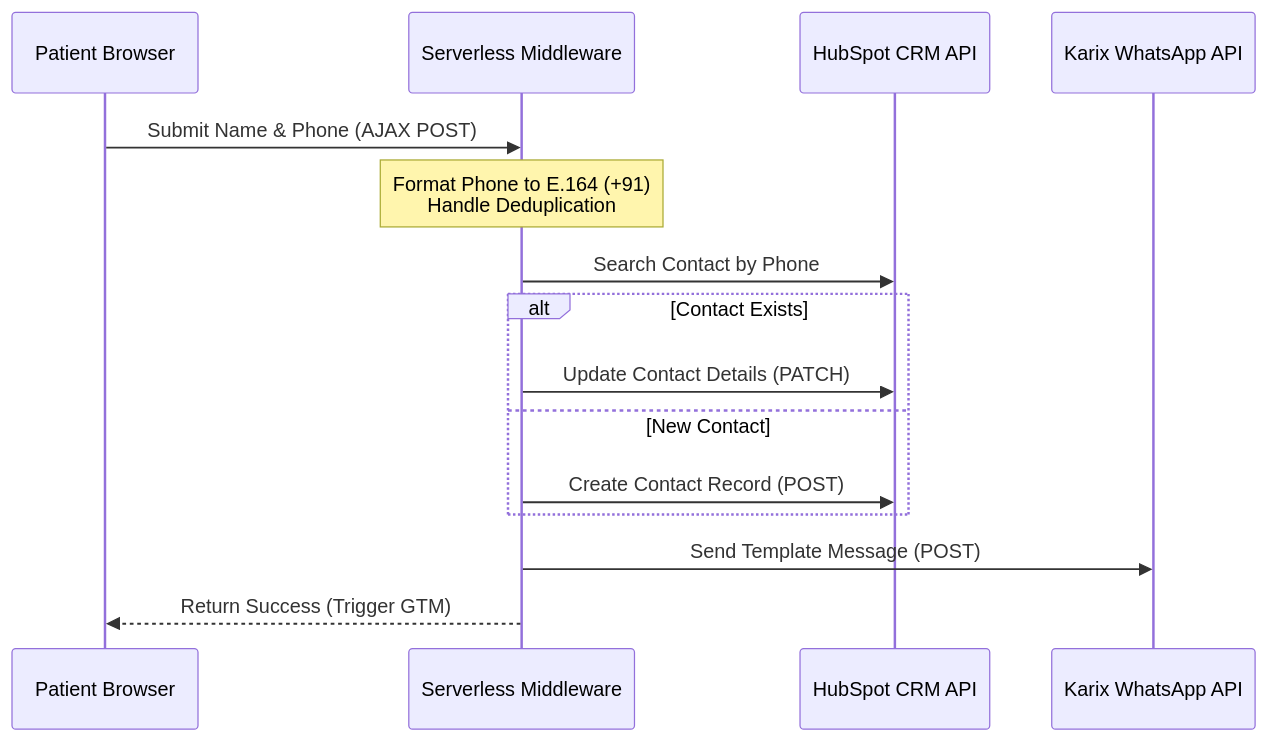
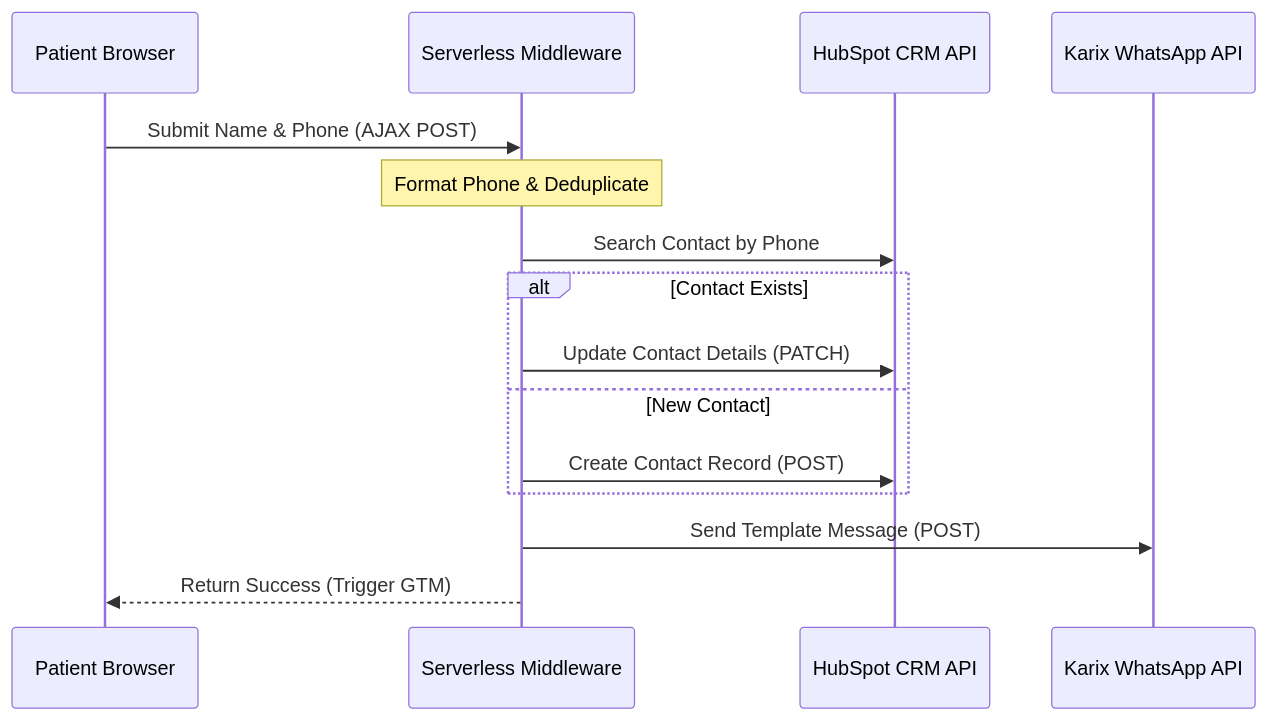
One commit to Sharique-sid/OrthoNow-Developer-Assignment changed the diagram in task-03-integration/Task_3_Solution.md. Above: the diagram before and after it, drawn with Mermaid. The commit also changed other lines of this file, not shown here.

````diff
--- a/task-03-integration/Task_3_Solution.md
+++ b/task-03-integration/Task_3_Solution.md
@@ -10,18 +10,18 @@
 ```mermaid
 sequenceDiagram
     participant User as Patient Browser
     participant API as Serverless Middleware
     participant HubSpot as HubSpot CRM API
     participant Karix as Karix WhatsApp API
     
     User->>API: Submit Name & Phone (AJAX POST)
-    Note over API: Format Phone to E.164 (+91)<br/>Handle Deduplication
+    Note over API: Format Phone & Deduplicate
     API->>HubSpot: Search Contact by Phone
     alt Contact Exists
         API->>HubSpot: Update Contact Details (PATCH)
     else New Contact
         API->>HubSpot: Create Contact Record (POST)
     end
     API->>Karix: Send Template Message (POST)
     API-->>User: Return Success (Trigger GTM)
 ```
````
